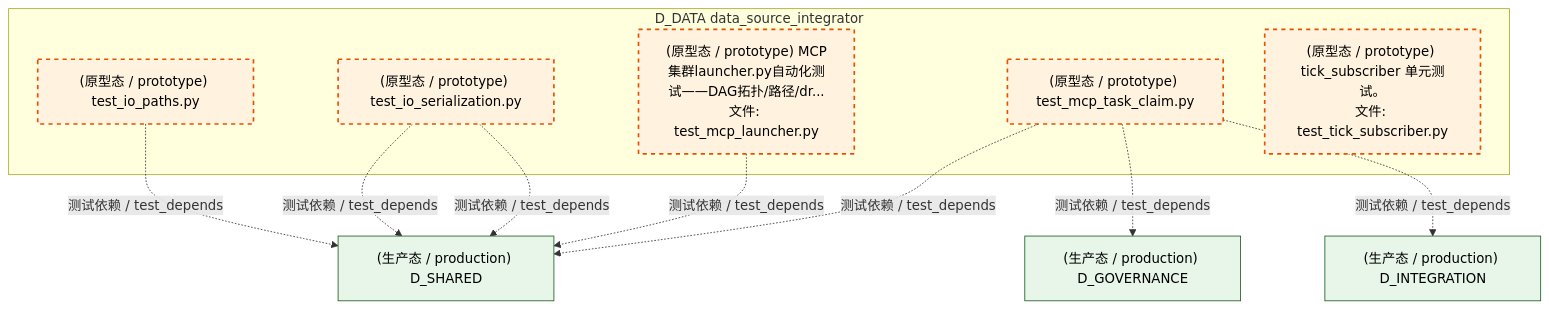
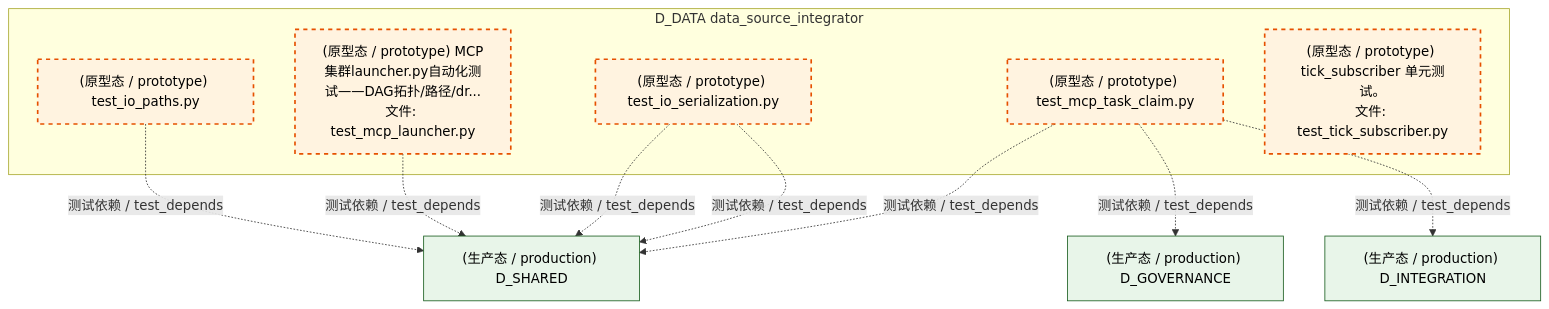
The third of 6 diagrams in docs/02_enterprise_architecture/02_domain_architecture_docs/61_d_data.md (xuanFelixVan/ZephyrAlpha), drawn with Mermaid before and after one commit. The commit also changed other lines of this file and 126 other files, not shown here.

````diff
--- a/docs/02_enterprise_architecture/02_domain_architecture_docs/61_d_data.md
+++ b/docs/02_enterprise_architecture/02_domain_architecture_docs/61_d_data.md
@@ -311,26 +313,26 @@
 ```mermaid
 graph TD
     subgraph D_DATA["D_DATA data_source_integrator"]
         tests_io_test_io_paths_py["(原型态 / prototype) test_io_paths.py"]
         tests_io_test_io_serialization_py["(原型态 / prototype) test_io_serialization.py"]
         tests_io_test_mcp_launcher_py["(原型态 / prototype) MCP集群launcher.py自动化测试——DAG拓扑/路径/dr...<br/>文件: test_mcp_launcher.py"]
         tests_io_test_mcp_task_claim_py["(原型态 / prototype) test_mcp_task_claim.py"]
         tests_zephyr_data_test_tick_subscriber_py["(原型态 / prototype) tick_subscriber 单元测试。<br/>文件: test_tick_subscriber.py"]
     end
+    D_GOVERNANCE["(生产态 / production) D_GOVERNANCE"]
+    tests_io_test_mcp_task_claim_py -.->|测试依赖 / test_depends| D_GOVERNANCE
     D_INTEGRATION["(生产态 / production) D_INTEGRATION"]
     tests_io_test_mcp_task_claim_py -.->|测试依赖 / test_depends| D_INTEGRATION
-    D_GOVERNANCE["(生产态 / production) D_GOVERNANCE"]
-    tests_io_test_mcp_task_claim_py -.->|测试依赖 / test_depends| D_GOVERNANCE
     D_SHARED["(生产态 / production) D_SHARED"]
     tests_io_test_mcp_task_claim_py -.->|测试依赖 / test_depends| D_SHARED
     tests_io_test_io_serialization_py -.->|测试依赖 / test_depends| D_SHARED
+    tests_io_test_io_serialization_py -.->|测试依赖 / test_depends| D_SHARED
     tests_io_test_mcp_launcher_py -.->|测试依赖 / test_depends| D_SHARED
-    tests_io_test_io_serialization_py -.->|测试依赖 / test_depends| D_SHARED
     tests_io_test_io_paths_py -.->|测试依赖 / test_depends| D_SHARED
     classDef production fill:#e1f5fe,stroke:#01579b,stroke-width:2px,color:#000
     classDef design fill:#fff3e0,stroke:#e65100,stroke-width:2px,color:#000,stroke-dasharray: 5 5
     classDef external_prod fill:#e8f5e9,stroke:#1b5e20,stroke-width:1px,color:#000
     classDef external_design fill:#fce4ec,stroke:#880e4f,stroke-width:1px,color:#000,stroke-dasharray: 5 5
     class tests_io_test_io_paths_py,tests_io_test_io_serialization_py,tests_io_test_mcp_launcher_py,tests_io_test_mcp_task_claim_py,tests_zephyr_data_test_tick_subscriber_py design
-    class D_INTEGRATION,D_GOVERNANCE,D_SHARED external_prod
+    class D_GOVERNANCE,D_INTEGRATION,D_SHARED external_prod
 ```
````
